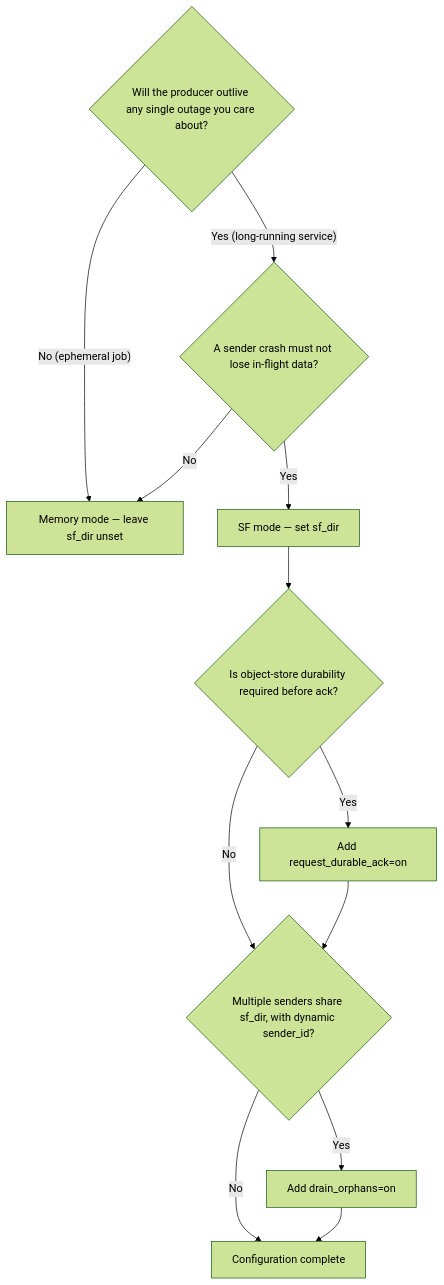
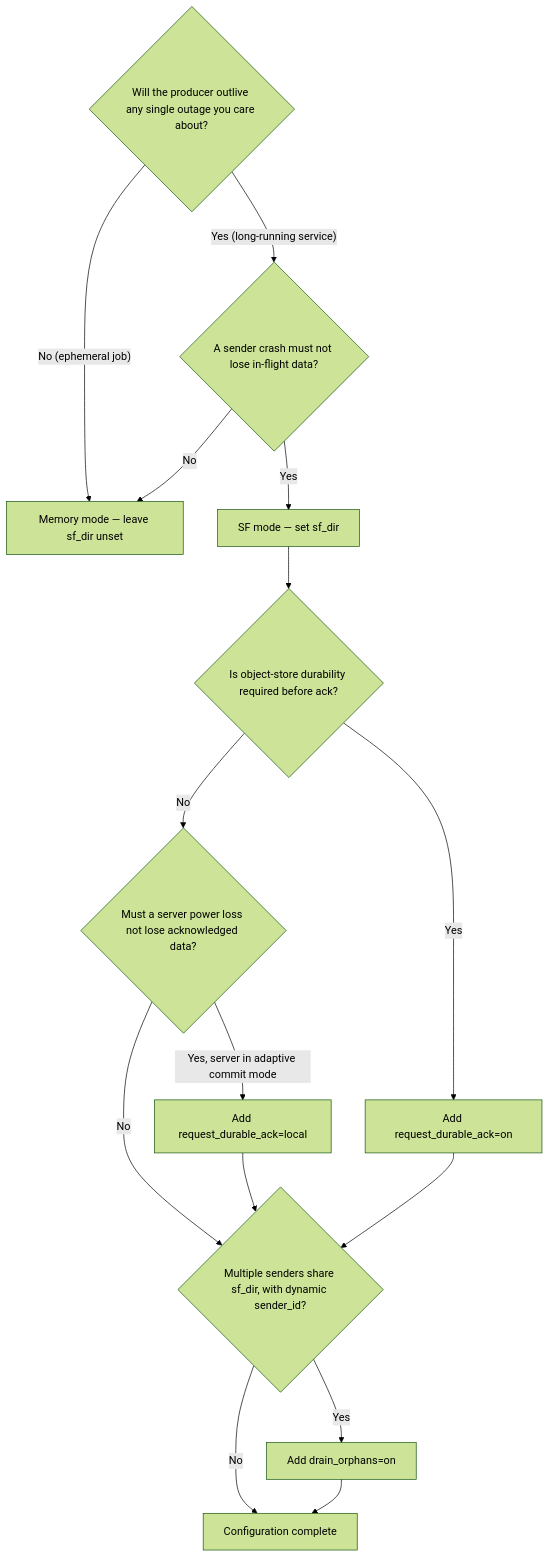
One commit to questdb/documentation changed the diagram in documentation/high-availability/store-and-forward/when-to-use.md. Above: the diagram before and after it, drawn with Mermaid (forest theme). The commit also changed other lines of this file and 20 other files, not shown here.

````diff
--- a/documentation/high-availability/store-and-forward/when-to-use.md
+++ b/documentation/high-availability/store-and-forward/when-to-use.md
@@ -213,19 +214,23 @@
 ```mermaid
 graph TD
     Q1{Will the producer outlive any single outage you care about?}
     Q2{A sender crash must not lose in-flight data?}
     Q3{Is object-store durability required before ack?}
+    Q3L{Must a server power loss not lose acknowledged data?}
     Q4{Multiple senders share sf_dir, with dynamic sender_id?}
 
     Q1 -->|"No (ephemeral job)"| Memory[Memory mode — leave sf_dir unset]
     Q1 -->|"Yes (long-running service)"| Q2
     Q2 -->|No| Memory
     Q2 -->|Yes| SF[SF mode — set sf_dir]
     SF --> Q3
     Q3 -->|Yes| Durable[Add request_durable_ack=on]
-    Q3 -->|No| Q4
+    Q3 -->|No| Q3L
+    Q3L -->|"Yes, server in adaptive commit mode"| Local[Add request_durable_ack=local]
+    Q3L -->|No| Q4
+    Local --> Q4
     Durable --> Q4
     Q4 -->|Yes| Orphans[Add drain_orphans=on]
     Q4 -->|No| Done[Configuration complete]
     Orphans --> Done
 ```
````
